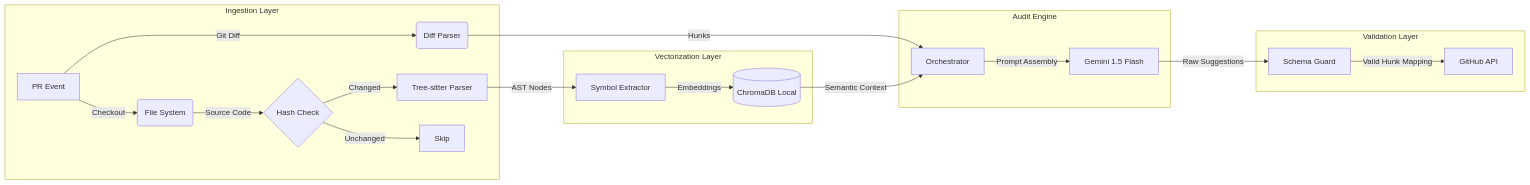
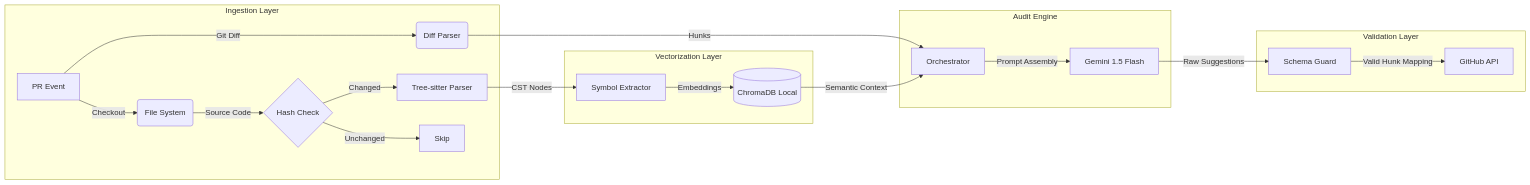
One commit to imrahnf/sentinelpr changed the diagram in README.md. Above: the diagram before and after it, drawn with Mermaid.

Commit message:
(docs): Correct AST to CST in Mermaid diagram label

````diff
--- a/README.md
+++ b/README.md
@@ -13,26 +13,26 @@
 ```mermaid
 graph LR
     subgraph "Ingestion Layer"
         A[PR Event] -->|Git Diff| B(Diff Parser)
         A -->|Checkout| C(File System)
         C -->|Source Code| D{Hash Check}
         D -->|Changed| E[Tree-sitter Parser]
         D -->|Unchanged| F[Skip]
     end
 
     subgraph "Vectorization Layer"
-        E -->|AST Nodes| G[Symbol Extractor]
+        E -->|CST Nodes| G[Symbol Extractor]
         G -->|Embeddings| H[(ChromaDB Local)]
     end
 
     subgraph "Audit Engine"
         B -->|Hunks| I[Orchestrator]
         H -->|Semantic Context| I
         I -->|Prompt Assembly| J[Gemini 1.5 Flash]
     end
 
     subgraph "Validation Layer"
         J -->|Raw Suggestions| K[Schema Guard]
         K -->|Valid Hunk Mapping| L[GitHub API]
     end
 ```
````
